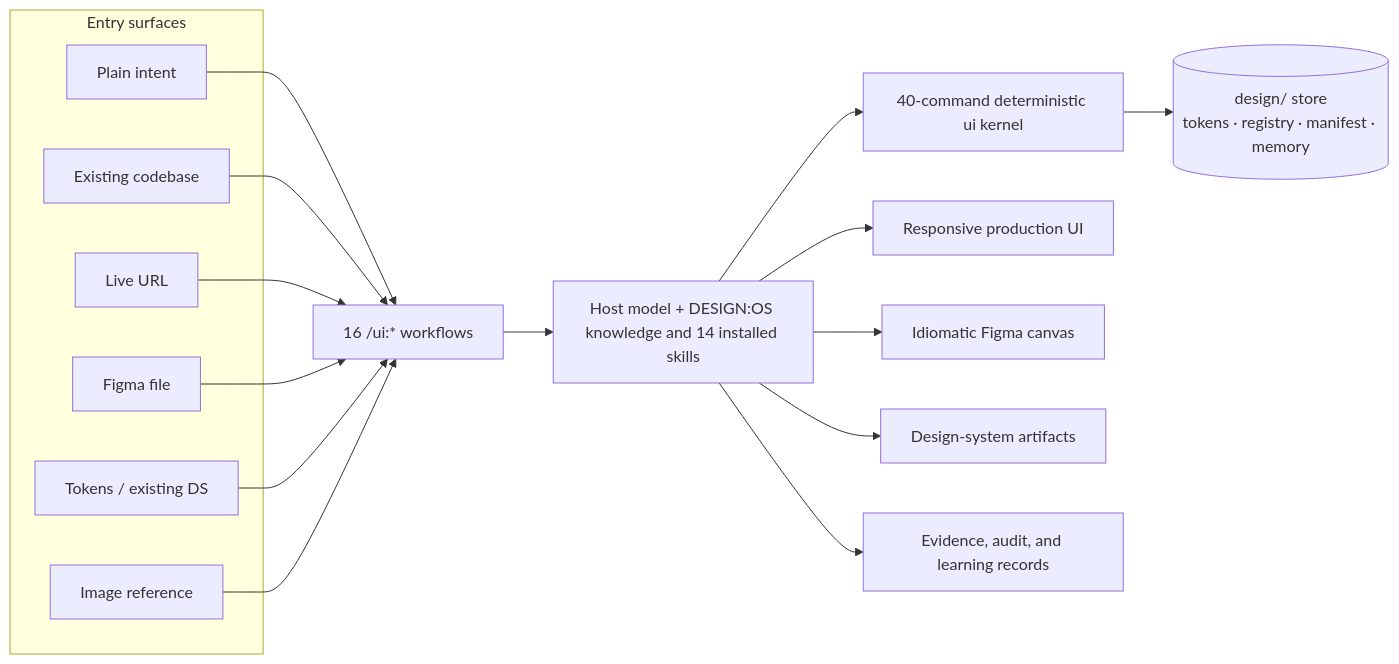
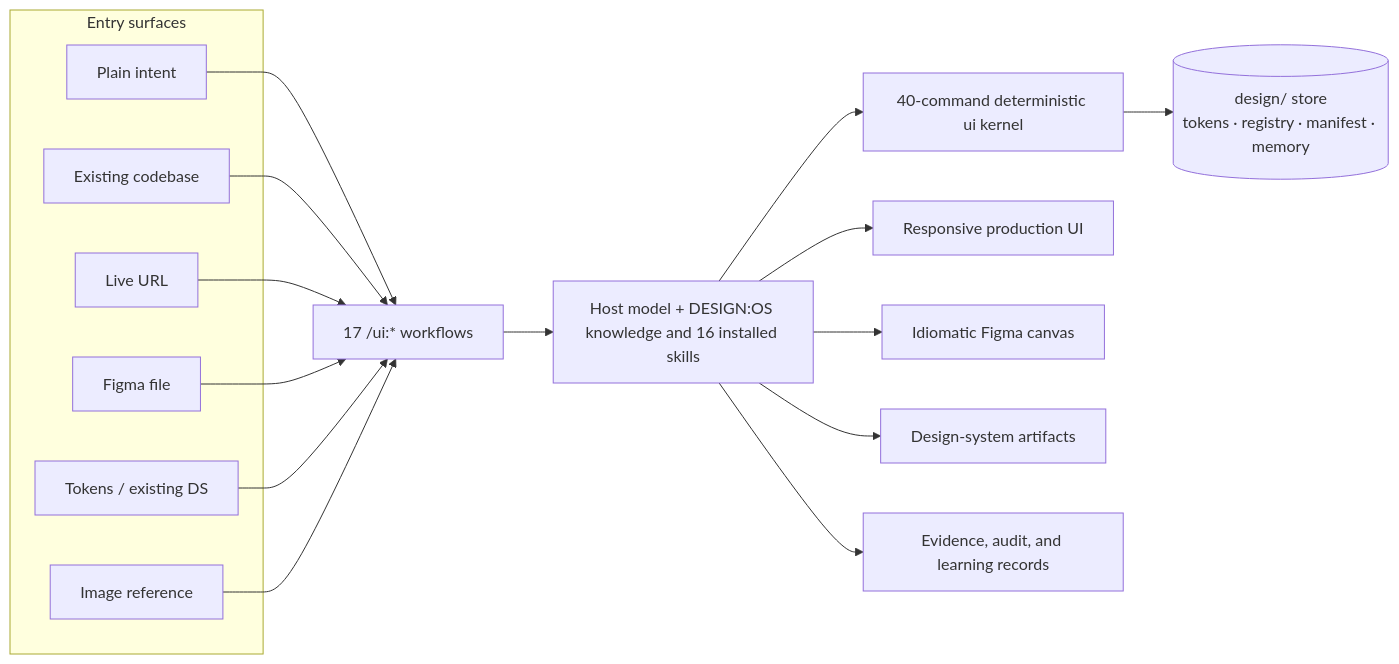
Before and after one commit to jangtrinh/design-os: the second of 2 diagrams in README.md, drawn with Mermaid. The commit also changed other lines of this file and 31 other files, not shown here.

First line of the commit message:
feat: add native diagram craft (#132)

````diff
--- a/README.md
+++ b/README.md
@@ -590,24 +600,24 @@
 ```mermaid
 flowchart LR
     subgraph IN["Entry surfaces"]
       E1["Plain intent"]
       E2["Existing codebase"]
       E3["Live URL"]
       E4["Figma file"]
       E5["Tokens / existing DS"]
       E6["Image reference"]
     end
-    E1 --> W["16 /ui:* workflows"]
+    E1 --> W["17 /ui:* workflows"]
     E2 --> W
     E3 --> W
     E4 --> W
     E5 --> W
     E6 --> W
-    W --> H["Host model + DESIGN:OS knowledge and 14 installed skills"]
+    W --> H["Host model + DESIGN:OS knowledge and 16 installed skills"]
     H --> K["40-command deterministic ui kernel"]
     H --> O1["Responsive production UI"]
     H --> O2["Idiomatic Figma canvas"]
     H --> O3["Design-system artifacts"]
     H --> O4["Evidence, audit, and learning records"]
     K --> DS[("design/ store<br/>tokens · registry · manifest · memory")]
 ```
````
